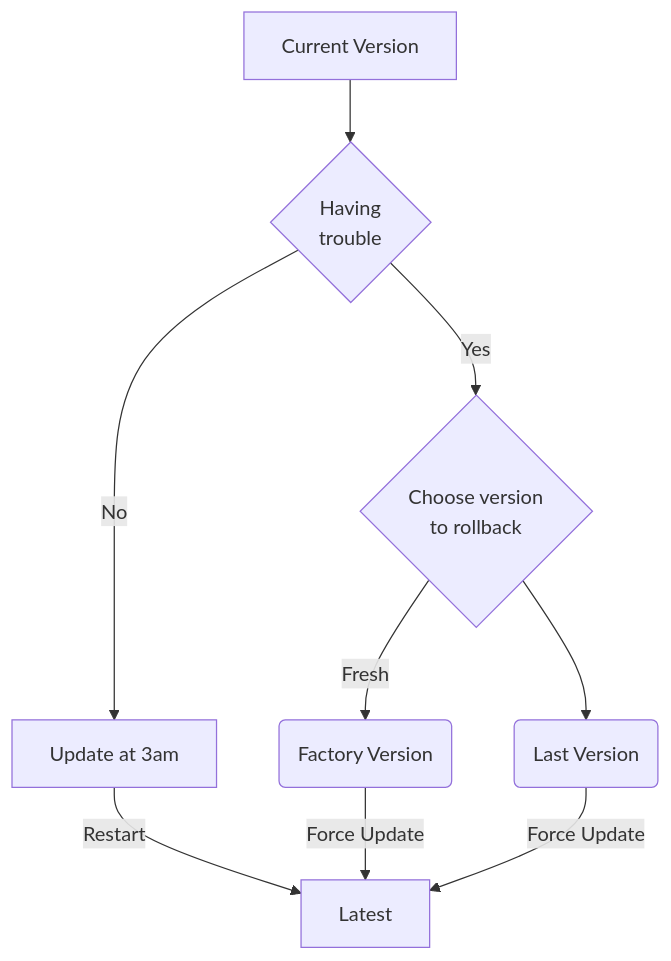
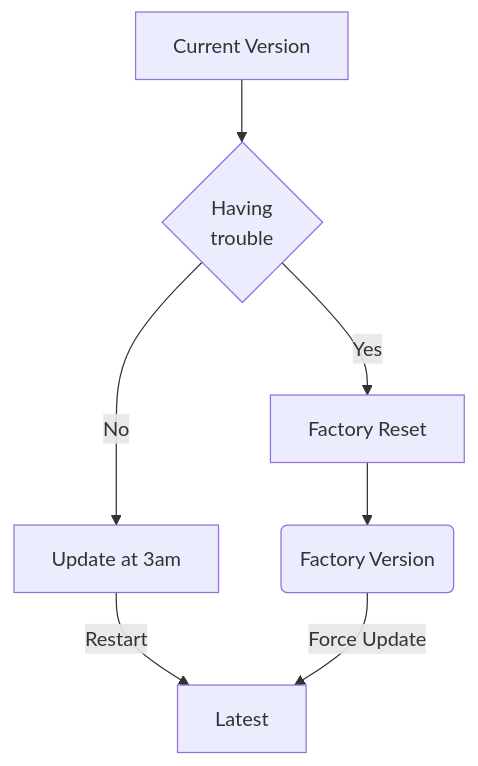
The second of 3 diagrams in docs/DEVICE_LIFECYCLE.md (feral-file/ffos), drawn with Mermaid before and after one commit. The commit also changed other lines of this file and 12 other files, not shown here.

First line of the commit message:
feat(ff1): add keyboard-free power-cycle factory-reset gesture

````diff
--- a/docs/DEVICE_LIFECYCLE.md
+++ b/docs/DEVICE_LIFECYCLE.md
@@ -66,15 +66,12 @@
 ```mermaid
 flowchart TD
     Current[Current Version] --> Trouble{Having<br/>trouble}
 
-    Trouble --> |Yes| Rollback{Choose version<br/>to rollback}
+    Trouble --> |Yes| Reset[Factory Reset]
     Trouble --> |No| Update[Update at 3am]
 
     Update --> |Restart| Latest
 
-    Rollback --> |Fresh| FactoryVersion(Factory Version)
-    Rollback --> LastVersion(Last Version)
-
+    Reset --> FactoryVersion(Factory Version)
     FactoryVersion --> |Force Update| Latest
-    LastVersion --> |Force Update| Latest
 ```
````
